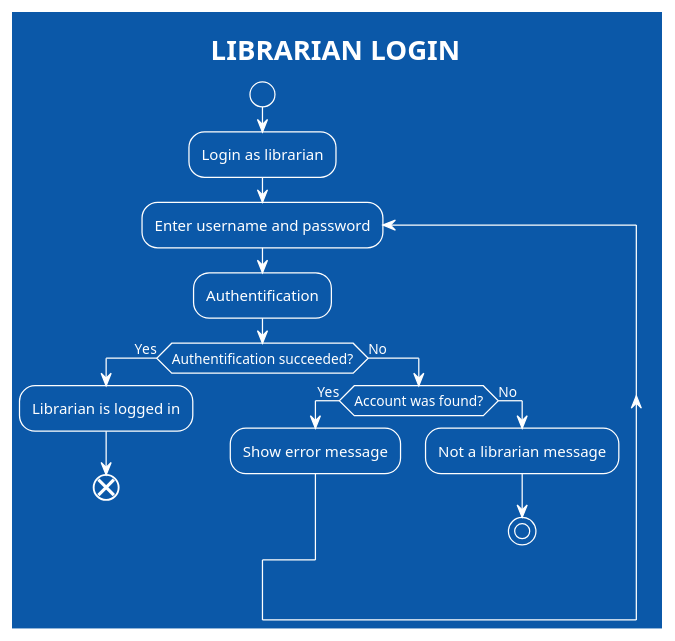
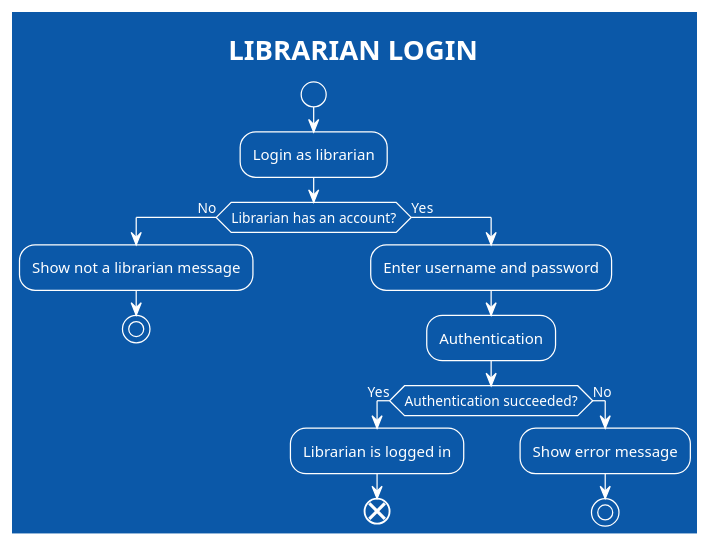
Before and after one commit to Gabe-Alvess/LibraryAppDiagrams: the second of 7 diagrams in flowcharts/flowchart-diagrams.md, drawn with PlantUML. The commit also changed other lines of this file and 4 other files, not shown here.

````diff
--- a/flowcharts/flowchart-diagrams.md
+++ b/flowcharts/flowchart-diagrams.md
@@ -26,25 +35,28 @@
 ```plantuml
 
 @startuml
 
 !theme amiga
 title LIBRARIAN LOGIN
 
 
 start
 :Login as librarian;
-repeat:Enter username and password;
-:Authentification;
-if(Authentification succeeded?) then (Yes)
-:Librarian is logged in;
-end
-else (No)
-if (Account was found?) then (Yes)
-:Show error message;
-else (No)
-:Not a librarian message;
-stop
+if (Librarian has an account?) then (No)
+    :Show not a librarian message;
+    stop
+else (Yes)
+    :Enter username and password;
+    :Authentication;
+    if(Authentication succeeded?) then (Yes)
+        :Librarian is logged in;
+        end
+    else (No)
+        :Show error message;
+        stop
+    endif
+endif
 
 @enduml
 
 ```
````
